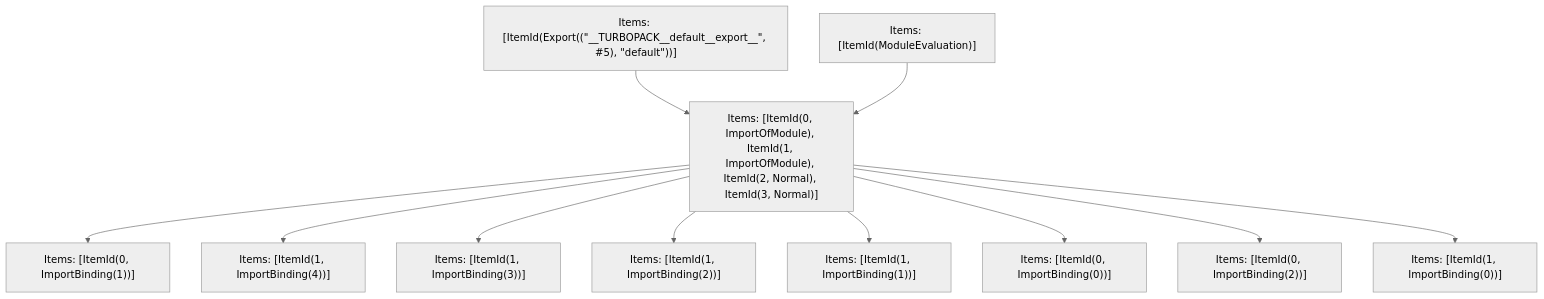
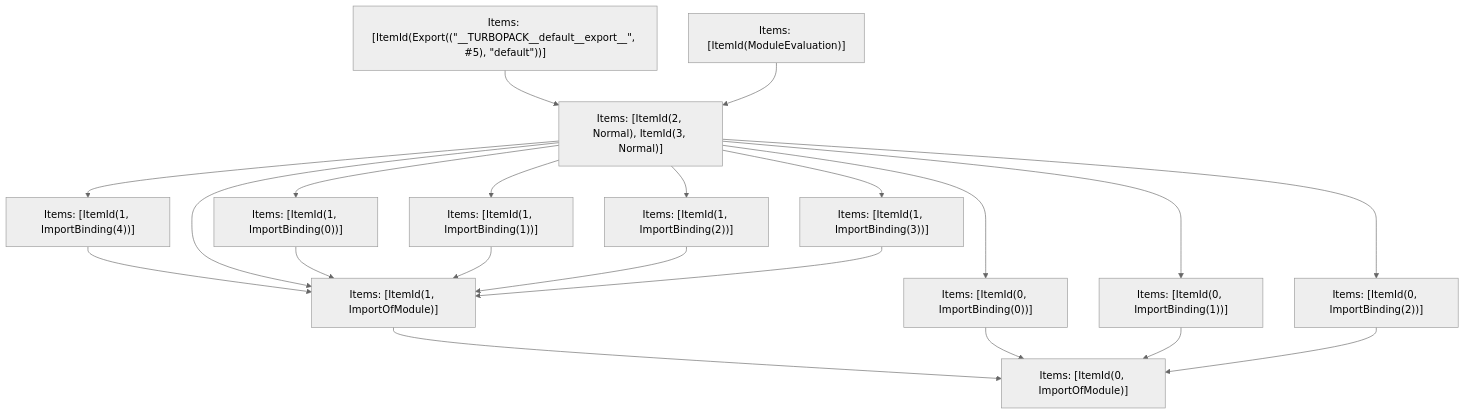
The fifth of 5 diagrams in turbopack/crates/turbopack-ecmascript/tests/tree-shaker/analyzer/amphtml-document/output.md (Dreitt/nextt), drawn with Mermaid (neutral theme) before and after one commit. The commit also changed other lines of this file and 19 other files, not shown here.

````diff
--- a/turbopack/crates/turbopack-ecmascript/tests/tree-shaker/analyzer/amphtml-document/output.md
+++ b/turbopack/crates/turbopack-ecmascript/tests/tree-shaker/analyzer/amphtml-document/output.md
@@ -277,24 +277,36 @@
 ```mermaid
 graph TD
     N0["Items: [ItemId(ModuleEvaluation)]"];
     N1["Items: [ItemId(Export((&quot;__TURBOPACK__default__export__&quot;, #5), &quot;default&quot;))]"];
-    N2["Items: [ItemId(0, ImportOfModule), ItemId(1, ImportOfModule), ItemId(2, Normal), ItemId(3, Normal)]"];
+    N2["Items: [ItemId(0, ImportOfModule)]"];
     N3["Items: [ItemId(0, ImportBinding(0))]"];
     N4["Items: [ItemId(0, ImportBinding(1))]"];
     N5["Items: [ItemId(0, ImportBinding(2))]"];
-    N6["Items: [ItemId(1, ImportBinding(0))]"];
-    N7["Items: [ItemId(1, ImportBinding(1))]"];
-    N8["Items: [ItemId(1, ImportBinding(2))]"];
-    N9["Items: [ItemId(1, ImportBinding(3))]"];
-    N10["Items: [ItemId(1, ImportBinding(4))]"];
-    N2 --> N4;
-    N1 --> N2;
-    N0 --> N2;
-    N2 --> N10;
-    N2 --> N9;
-    N2 --> N8;
-    N2 --> N7;
-    N2 --> N3;
-    N2 --> N5;
-    N2 --> N6;
+    N6["Items: [ItemId(1, ImportOfModule)]"];
+    N7["Items: [ItemId(1, ImportBinding(0))]"];
+    N8["Items: [ItemId(1, ImportBinding(1))]"];
+    N9["Items: [ItemId(1, ImportBinding(2))]"];
+    N10["Items: [ItemId(1, ImportBinding(3))]"];
+    N11["Items: [ItemId(1, ImportBinding(4))]"];
+    N12["Items: [ItemId(2, Normal), ItemId(3, Normal)]"];
+    N6 --> N2;
+    N12 --> N11;
+    N12 --> N10;
+    N12 --> N9;
+    N12 --> N8;
+    N12 --> N3;
+    N12 --> N5;
+    N12 --> N4;
+    N12 --> N7;
+    N11 --> N6;
+    N12 --> N6;
+    N1 --> N12;
+    N0 --> N12;
+    N3 --> N2;
+    N4 --> N2;
+    N5 --> N2;
+    N7 --> N6;
+    N8 --> N6;
+    N9 --> N6;
+    N10 --> N6;
 ```
````
